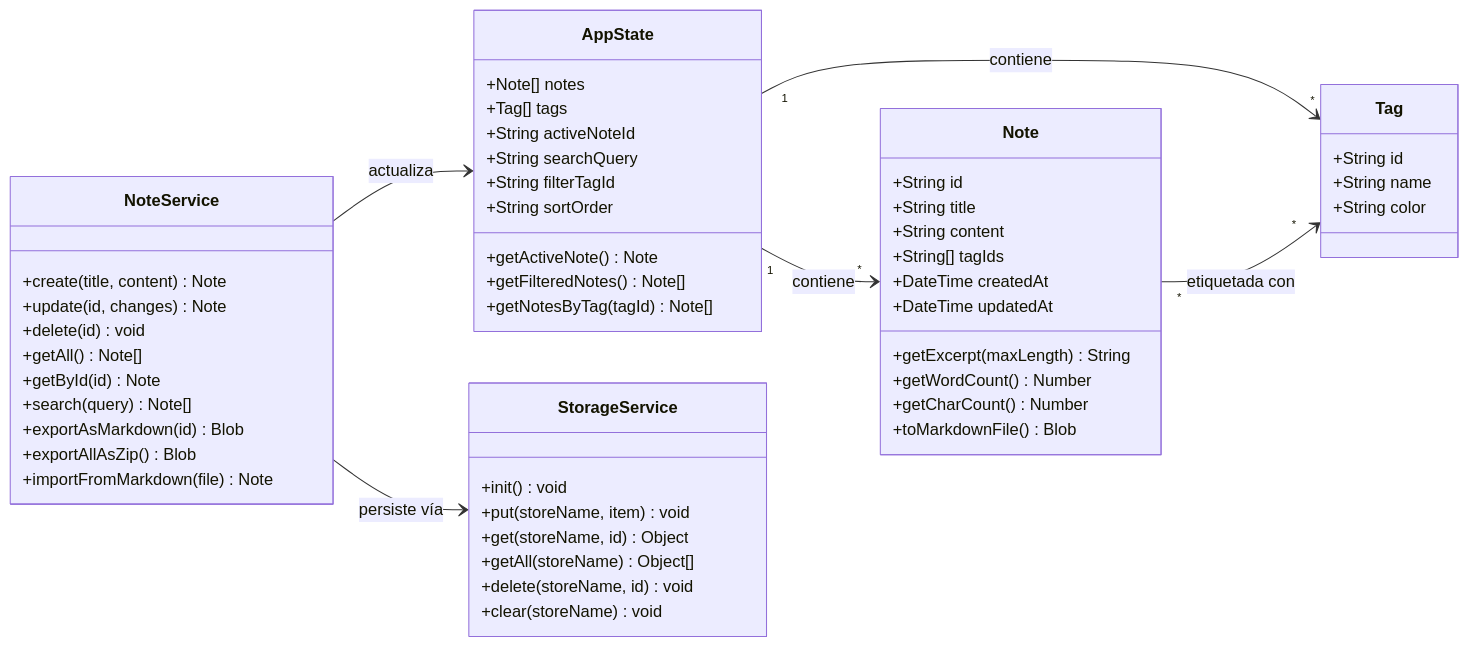
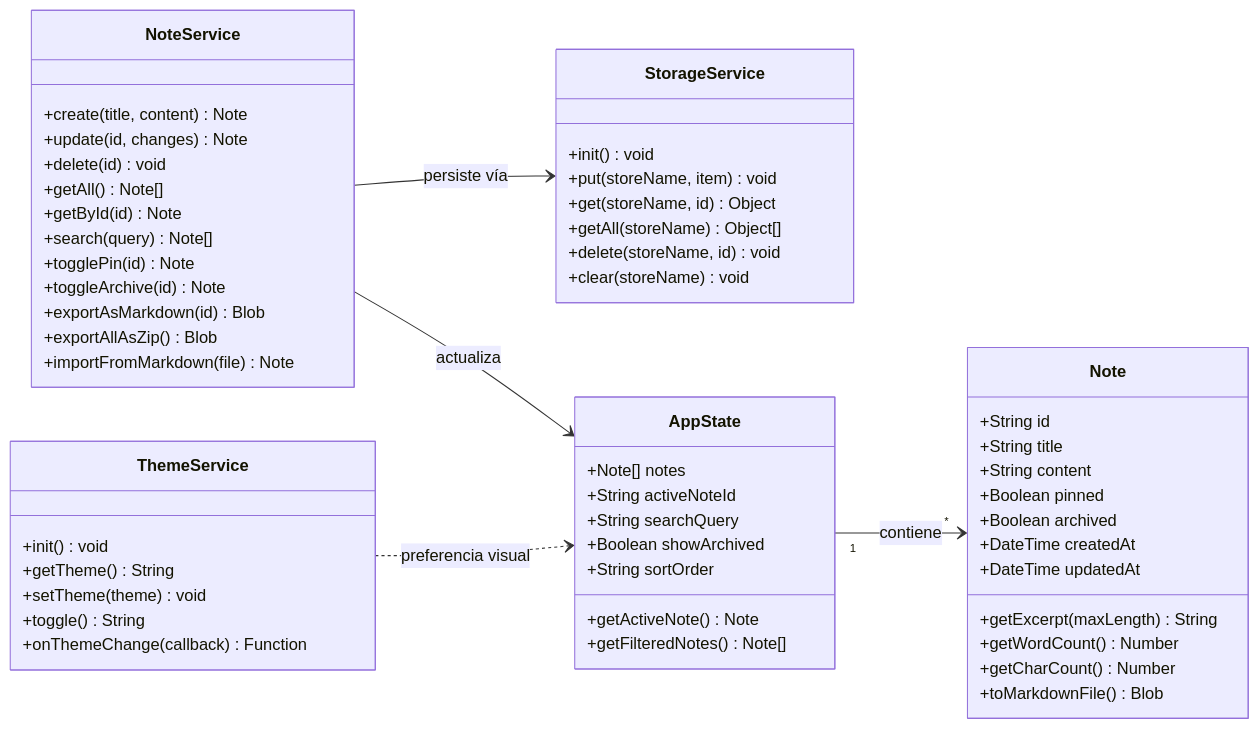
One commit to jdfesa/lumapse changed the diagram in docs/diagramas/modelo-dominio.md. Above: the diagram before and after it, drawn with Mermaid. The commit also changed other lines of this file, not shown here.

````diff
--- a/docs/diagramas/modelo-dominio.md
+++ b/docs/diagramas/modelo-dominio.md
@@ -17,62 +19,64 @@
 ```mermaid
 classDiagram
     direction LR
 
     class Note {
         +String id
         +String title
         +String content
-        +String[] tagIds
+        +Boolean pinned
+        +Boolean archived
         +DateTime createdAt
         +DateTime updatedAt
         +getExcerpt(maxLength) String
         +getWordCount() Number
         +getCharCount() Number
         +toMarkdownFile() Blob
     }
 
-    class Tag {
-        +String id
-        +String name
-        +String color
-    }
-
     class AppState {
         +Note[] notes
-        +Tag[] tags
         +String activeNoteId
         +String searchQuery
-        +String filterTagId
+        +Boolean showArchived
         +String sortOrder
         +getActiveNote() Note
         +getFilteredNotes() Note[]
-        +getNotesByTag(tagId) Note[]
     }
 
     class NoteService {
         +create(title, content) Note
         +update(id, changes) Note
         +delete(id) void
         +getAll() Note[]
         +getById(id) Note
         +search(query) Note[]
+        +togglePin(id) Note
+        +toggleArchive(id) Note
         +exportAsMarkdown(id) Blob
         +exportAllAsZip() Blob
         +importFromMarkdown(file) Note
     }
 
     class StorageService {
         +init() void
         +put(storeName, item) void
         +get(storeName, id) Object
         +getAll(storeName) Object[]
         +delete(storeName, id) void
         +clear(storeName) void
     }
 
+    class ThemeService {
+        +init() void
+        +getTheme() String
+        +setTheme(theme) void
+        +toggle() String
+        +onThemeChange(callback) Function
+    }
+
     AppState "1" --> "*" Note : contiene
-    AppState "1" --> "*" Tag : contiene
-    Note "*" --> "*" Tag : etiquetada con
     NoteService --> StorageService : persiste vía
     NoteService --> AppState : actualiza
+    ThemeService ..> AppState : preferencia visual
 ```
````
